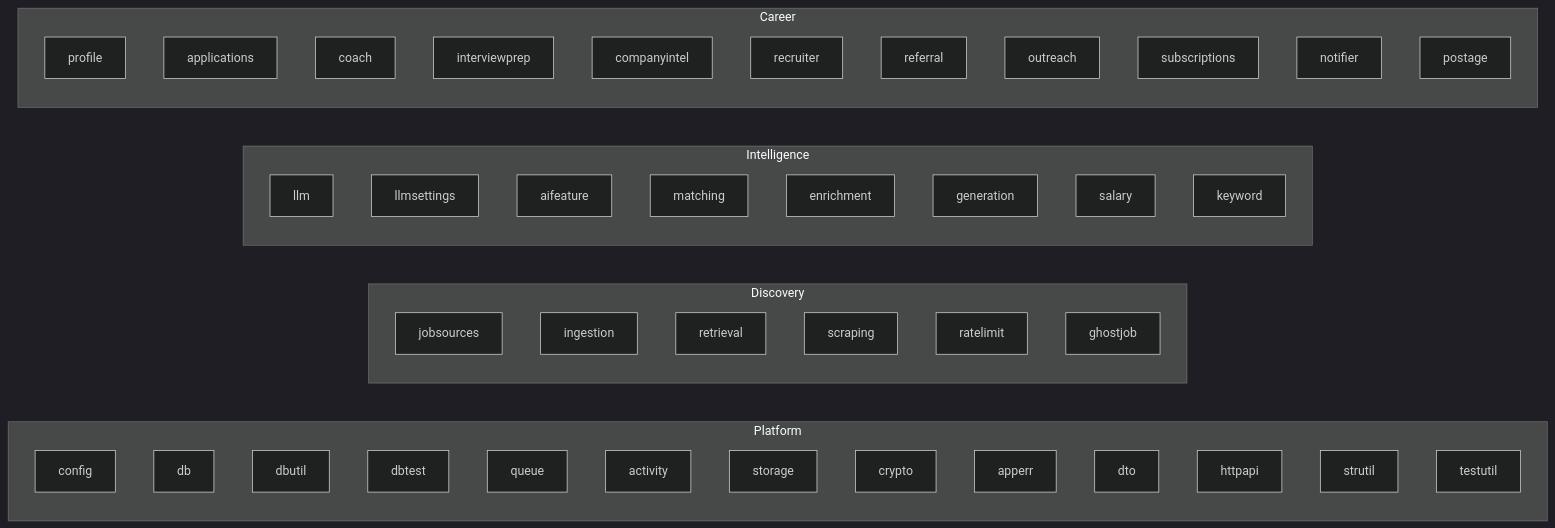
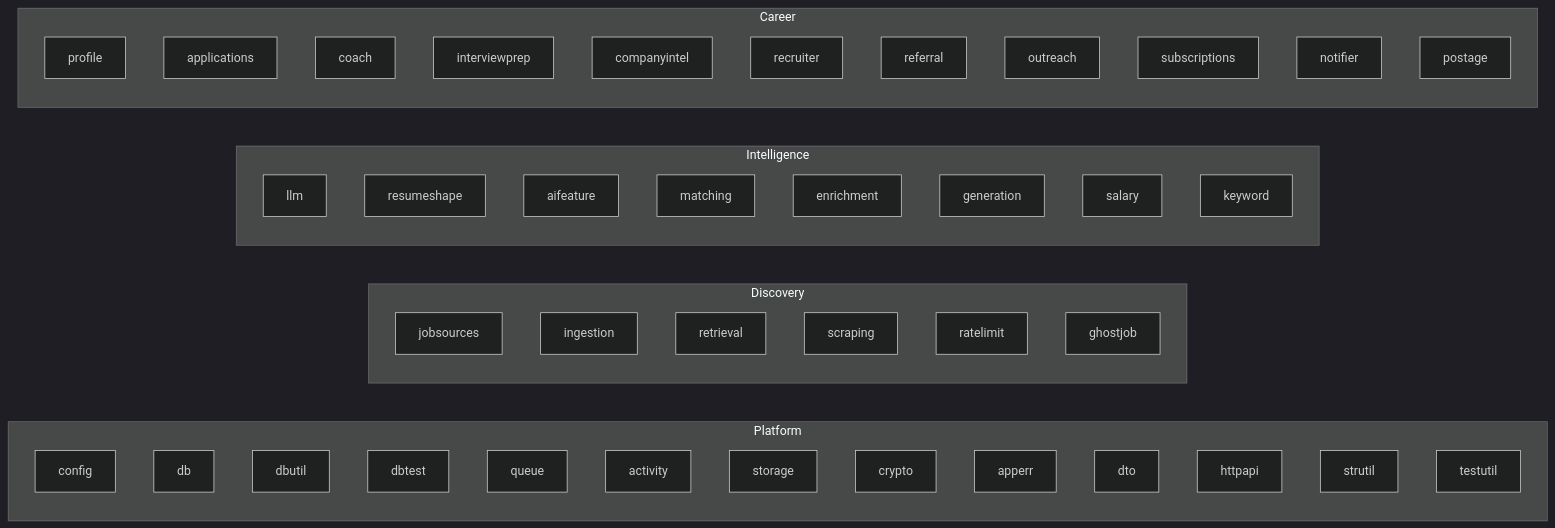
The second of 3 diagrams in docs/docs/backend/overview.md (nonamecat19/job-finder), drawn with Mermaid (dark theme) before and after one commit. The commit also changed 15 other files, not shown here.

````diff
--- a/docs/docs/backend/overview.md
+++ b/docs/docs/backend/overview.md
@@ -43,49 +43,49 @@
 ```mermaid
 flowchart LR
     subgraph P["Platform"]
         config
         db
         dbutil
         dbtest
         queue
         activity
         storage
         crypto
         apperr
         dto
         httpapi
         strutil
         testutil
     end
     subgraph D["Discovery"]
         jobsources
         ingestion
         retrieval
         scraping
         ratelimit
         ghostjob
     end
     subgraph I["Intelligence"]
         llm
-        llmsettings
+        resumeshape
         aifeature
         matching
         enrichment
         generation
         salary
         keyword
     end
     subgraph C["Career"]
         profile
         applications
         coach
         interviewprep
         companyintel
         recruiter
         referral
         outreach
         subscriptions
         notifier
         postage
     end
 ```
````
